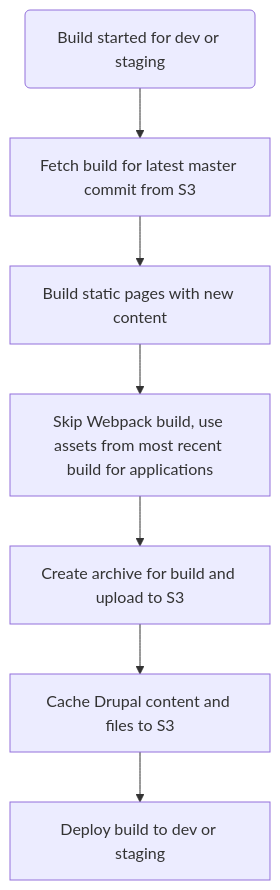
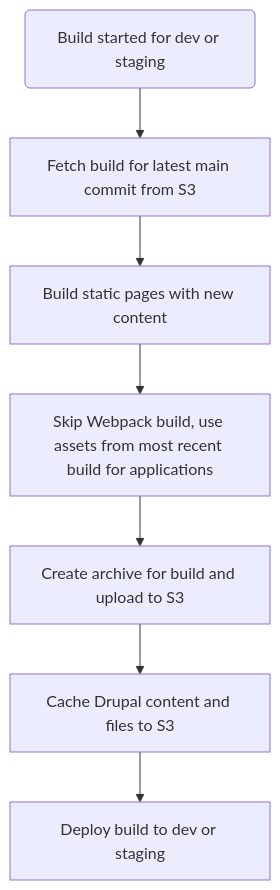
Before and after one commit to department-of-veterans-affairs/veteran-facing-services-tools: the second of 4 diagrams in packages/documentation/src/pages/platform/architecture/build-deploy-flows.mdx, drawn with Mermaid. The commit also changed other lines of this file and 13 other files, not shown here.

Commit message:
update documentation references to master branch of vets-website / content-build to main

````diff
--- a/packages/documentation/src/pages/platform/architecture/build-deploy-flows.mdx
+++ b/packages/documentation/src/pages/platform/architecture/build-deploy-flows.mdx
@@ -56,10 +68,10 @@
 ```mermaid
 graph TD
 1(Build started for dev or staging)
-1 --> 2[Fetch build for latest master commit from S3]
+1 --> 2[Fetch build for latest main commit from S3]
 2 --> 3[Build static pages with new content]
 3 --> 4[Skip Webpack build, use assets from most recent build for applications]
 4 --> 5[Create archive for build and upload to S3]
 5 --> 6[Cache Drupal content and files to S3]
 6 --> 7[Deploy build to dev or staging]
 ```
````
